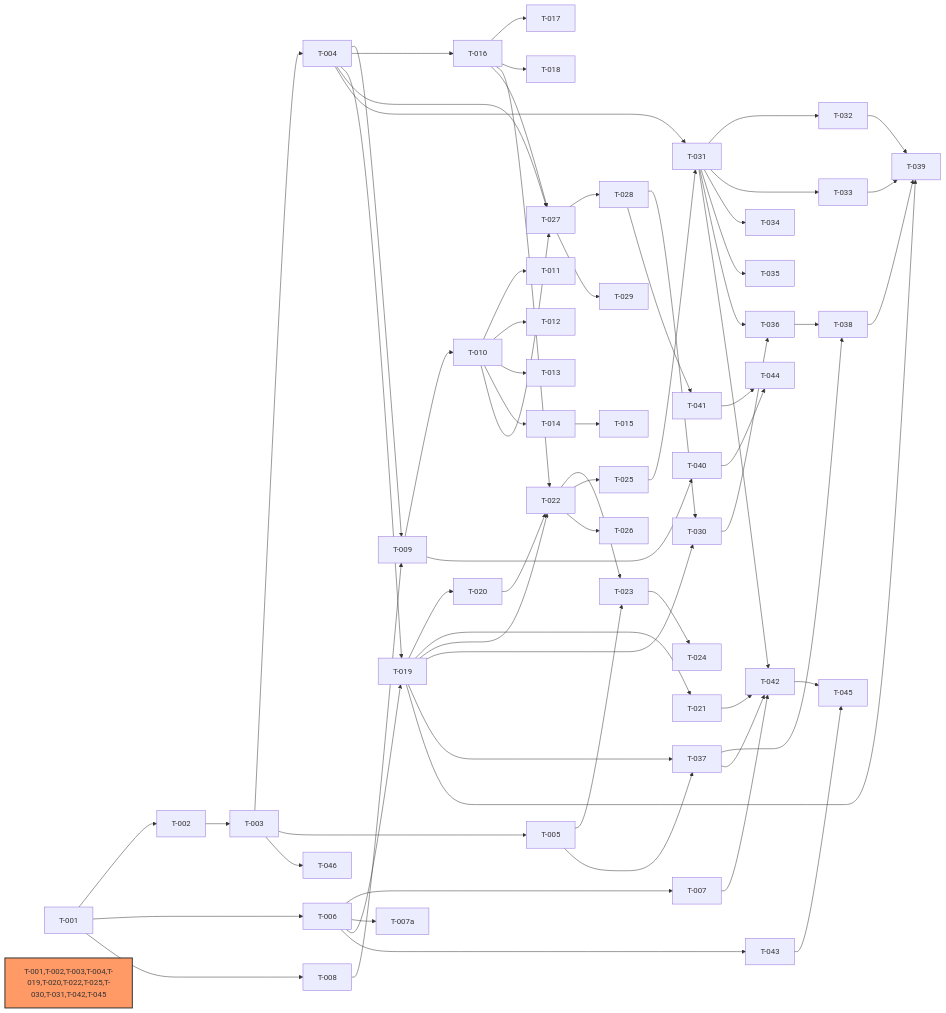
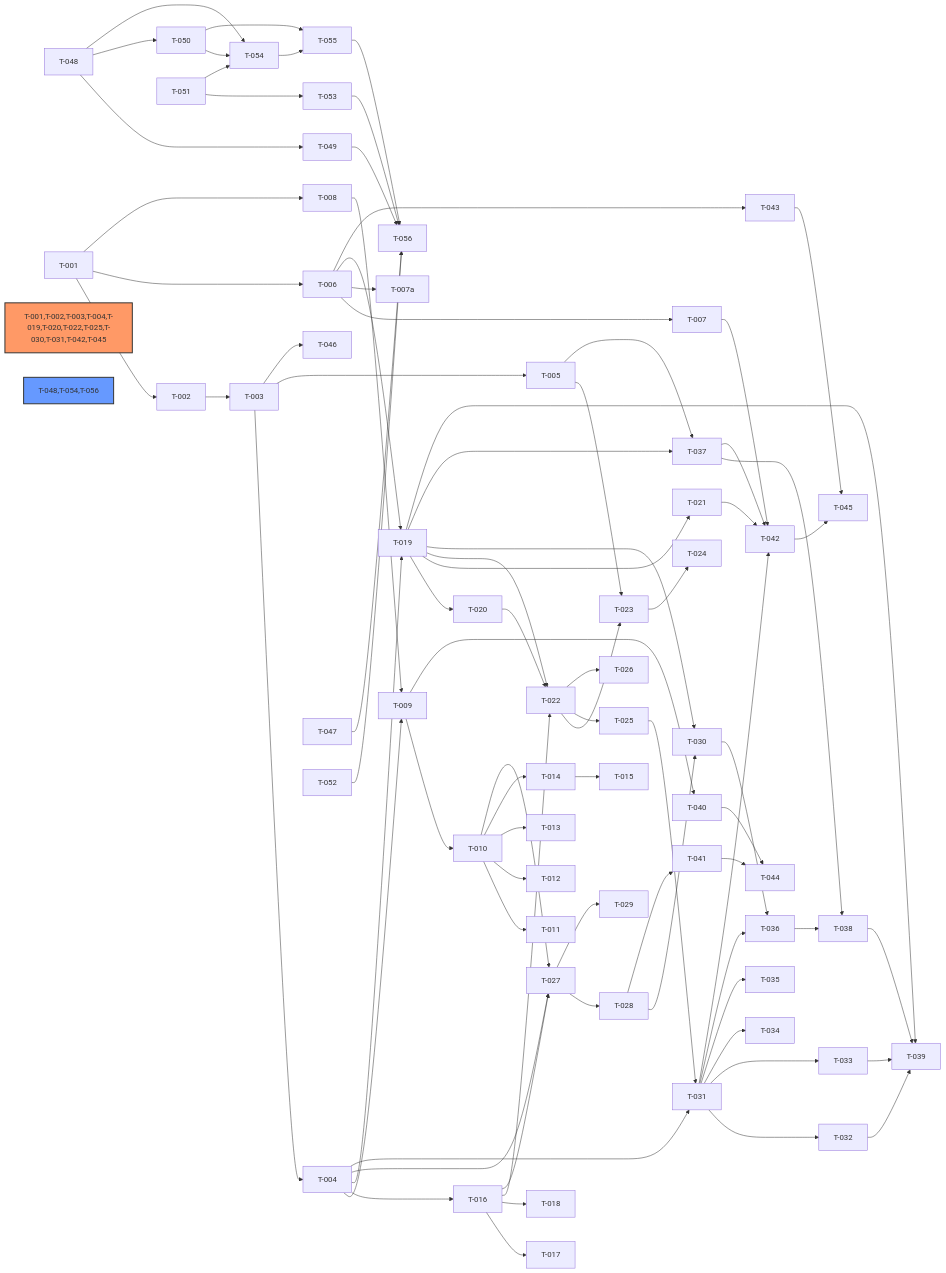
The diagram in docs/dev-plan/dev-plan-intellisource-v1.md (lync-cyber/intelli-source), drawn with Mermaid before and after one commit. The commit also changed other lines of this file and 25 other files, not shown here.

````diff
--- a/docs/dev-plan/dev-plan-intellisource-v1.md
+++ b/docs/dev-plan/dev-plan-intellisource-v1.md
@@ -174,5 +174,20 @@
     T-041 --> T-044
     T-042 --> T-045
     T-043 --> T-045
+    %% Sprint 6 dependencies
+    T-048 --> T-049
+    T-048 --> T-050
+    T-051 --> T-053
+    T-048 --> T-054
+    T-050 --> T-054
+    T-051 --> T-054
+    T-050 --> T-055
+    T-054 --> T-055
+    T-047 --> T-056
+    T-049 --> T-056
+    T-052 --> T-056
+    T-053 --> T-056
+    T-055 --> T-056
     style T-001,T-002,T-003,T-004,T-019,T-020,T-022,T-025,T-030,T-031,T-042,T-045 fill:#f96,stroke:#333,stroke-width:2px
+    style T-048,T-054,T-056 fill:#69f,stroke:#333,stroke-width:2px
 ```
````
